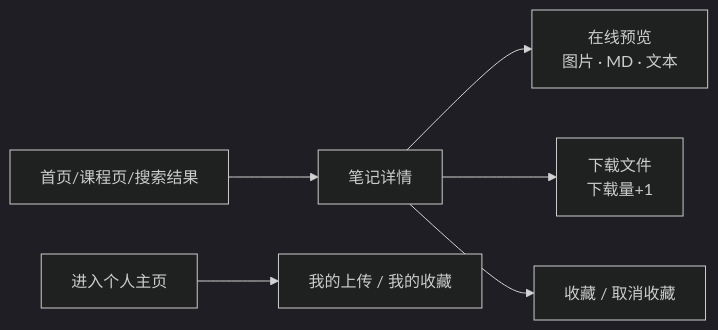
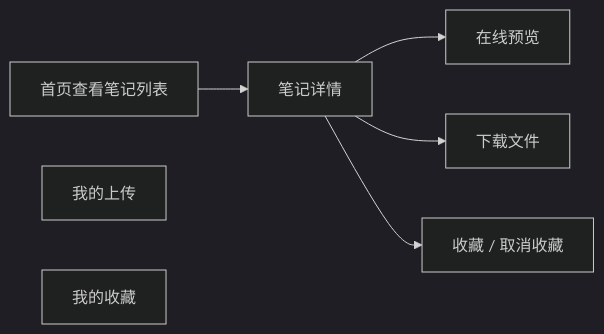
One commit to ShiwarHoufu/jotang-note changed the second of 2 diagrams in docs/需求分析.md. Above: the diagram before and after it, drawn with Mermaid (dark theme). The commit also changed other lines of this file and 20 other files, not shown here.

````diff
--- a/docs/需求分析.md
+++ b/docs/需求分析.md
@@ -81,8 +75,9 @@
 ```mermaid
 flowchart LR
-  H[首页/课程页/搜索结果] --> N[笔记详情]
-  N --> P["在线预览<br/>图片 · MD · 文本"]
-  N --> D[下载文件<br/>下载量+1]
+  H[首页查看笔记列表] --> N[笔记详情]
+  N --> P["在线预览"]
+  N --> D[下载文件]
   N --> F[收藏 / 取消收藏]
-  U[进入个人主页] --> M[我的上传 / 我的收藏]
+  U[我的上传] 
+  M[我的收藏]
 ```
````
